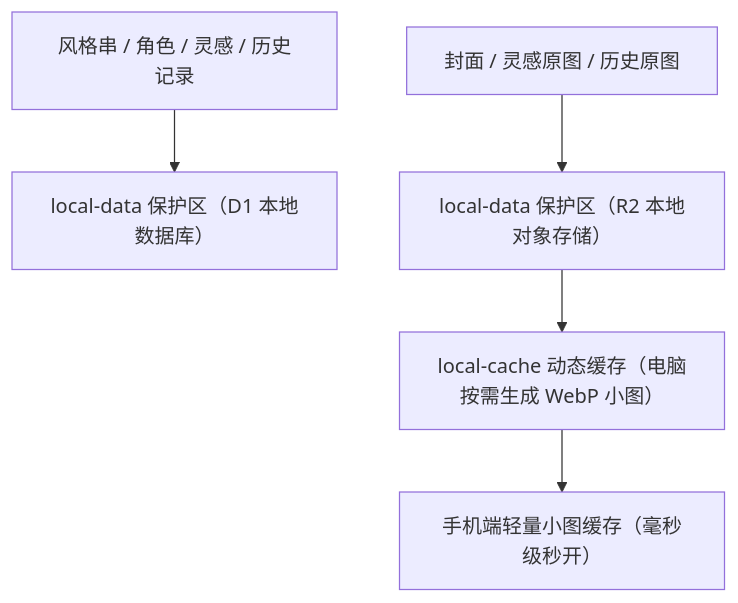
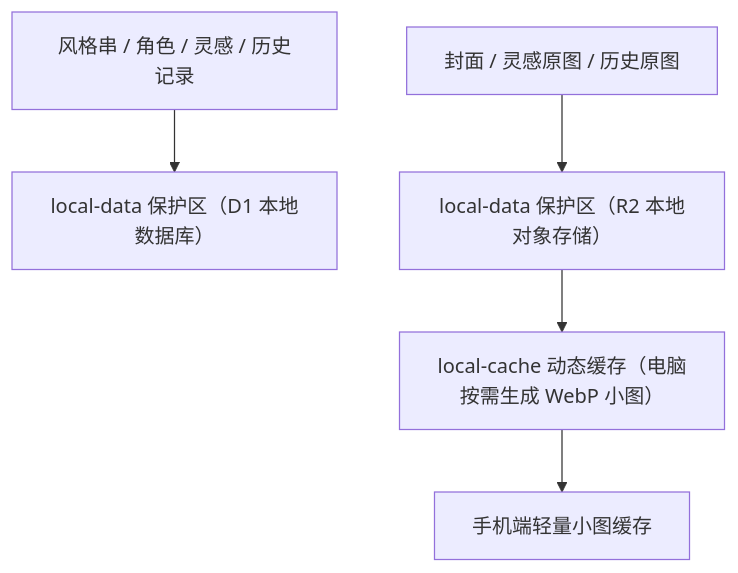
The third of 3 diagrams in README.md (HelloQun54321/nai-atelier), drawn with Mermaid before and after one commit. The commit also changed other lines of this file and 4 other files, not shown here.

````diff
--- a/README.md
+++ b/README.md
@@ -598,7 +629,7 @@
 ```mermaid
 flowchart TD
     A["风格串 / 角色 / 灵感 / 历史记录"] --> D["local-data 保护区（D1 本地数据库）"]
     B["封面 / 灵感原图 / 历史原图"] --> R["local-data 保护区（R2 本地对象存储）"]
     R --> T["local-cache 动态缓存（电脑按需生成 WebP 小图）"]
-    T --> M["手机端轻量小图缓存（毫秒级秒开）"]
+    T --> M["手机端轻量小图缓存"]
 ```
````
